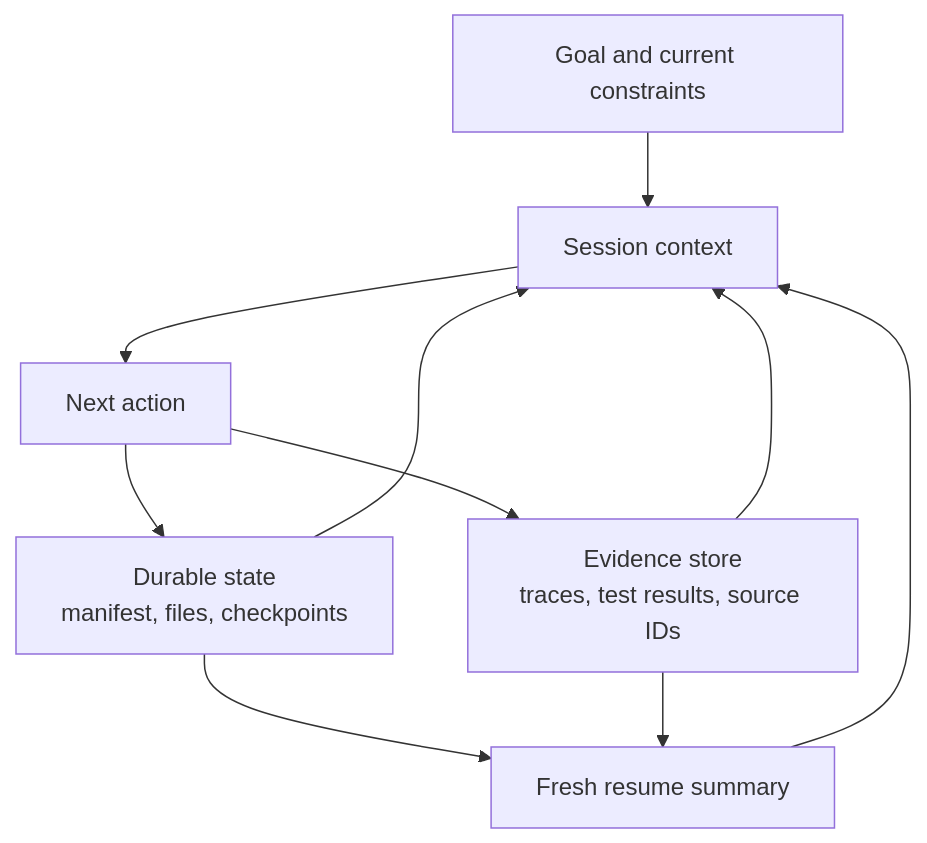
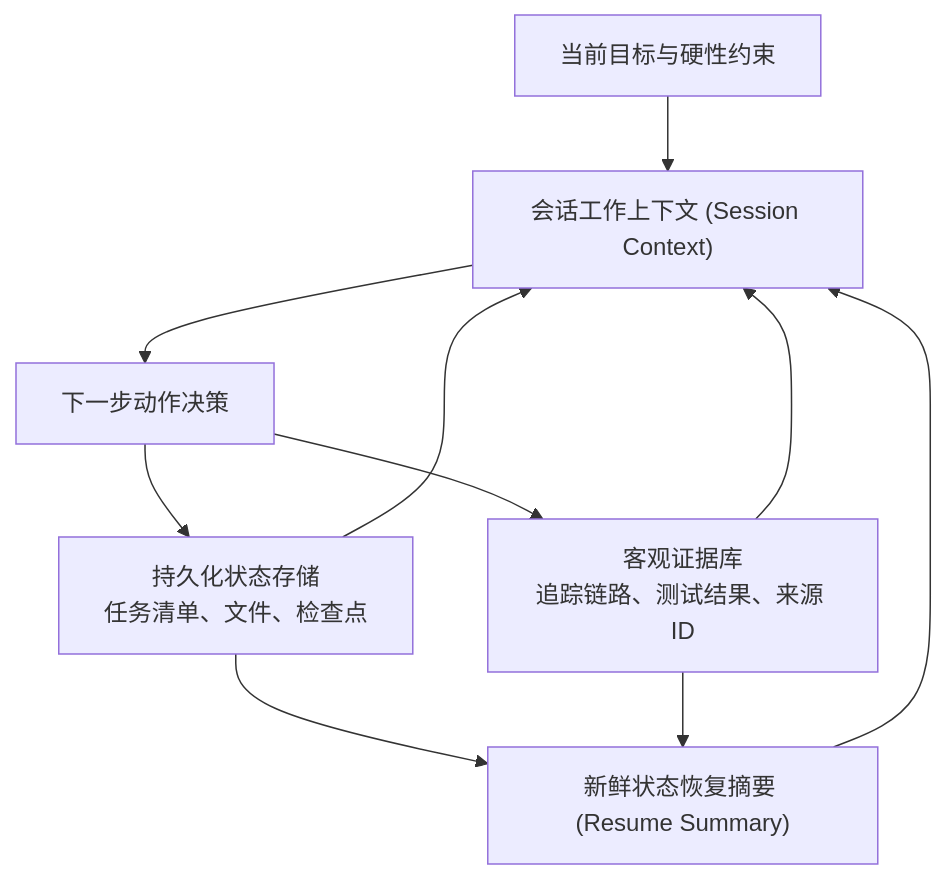
One commit to cluster1900/ai-engineering-from-scratch-zh changed the diagram in certifications/claude/lessons/17-agent-sdk-sessions-subagents-and-context/docs/en.md. Above: the diagram before and after it, drawn with Mermaid. The commit also changed other lines of this file and 187 other files, not shown here.

````diff
--- a/certifications/claude/lessons/17-agent-sdk-sessions-subagents-and-context/docs/en.md
+++ b/certifications/claude/lessons/17-agent-sdk-sessions-subagents-and-context/docs/en.md
@@ -46,12 +38,12 @@
 ```mermaid
 flowchart TD
-    G["Goal and current constraints"] --> C["Session context"]
-    S["Durable state\nmanifest, files, checkpoints"] --> C
-    E["Evidence store\ntraces, test results, source IDs"] --> C
-    C --> A["Next action"]
+    G["当前目标与硬性约束"] --> C["会话工作上下文 (Session Context)"]
+    S["持久化状态存储\n任务清单、文件、检查点"] --> C
+    E["客观证据库\n追踪链路、测试结果、来源 ID"] --> C
+    C --> A["下一步动作决策"]
     A --> S
     A --> E
-    S --> R["Fresh resume summary"]
+    S --> R["新鲜状态恢复摘要 (Resume Summary)"]
     E --> R
     R --> C
 ```
````
